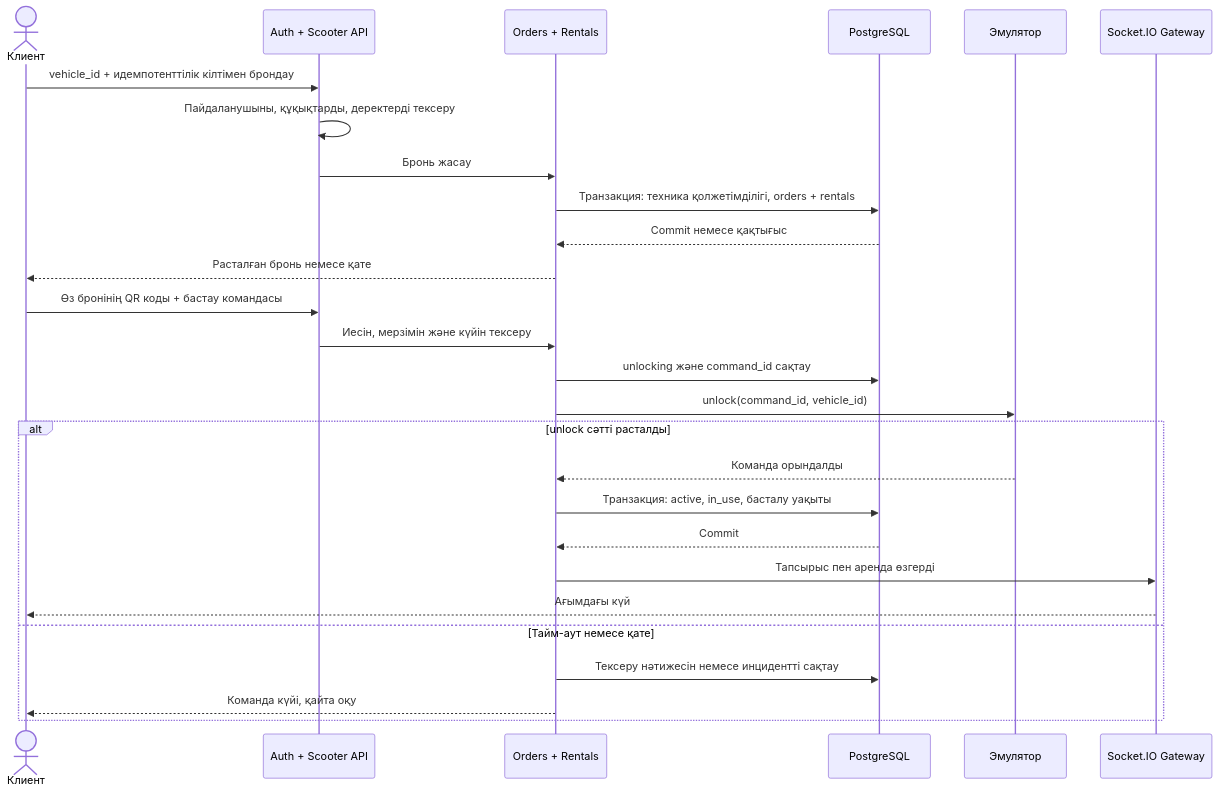
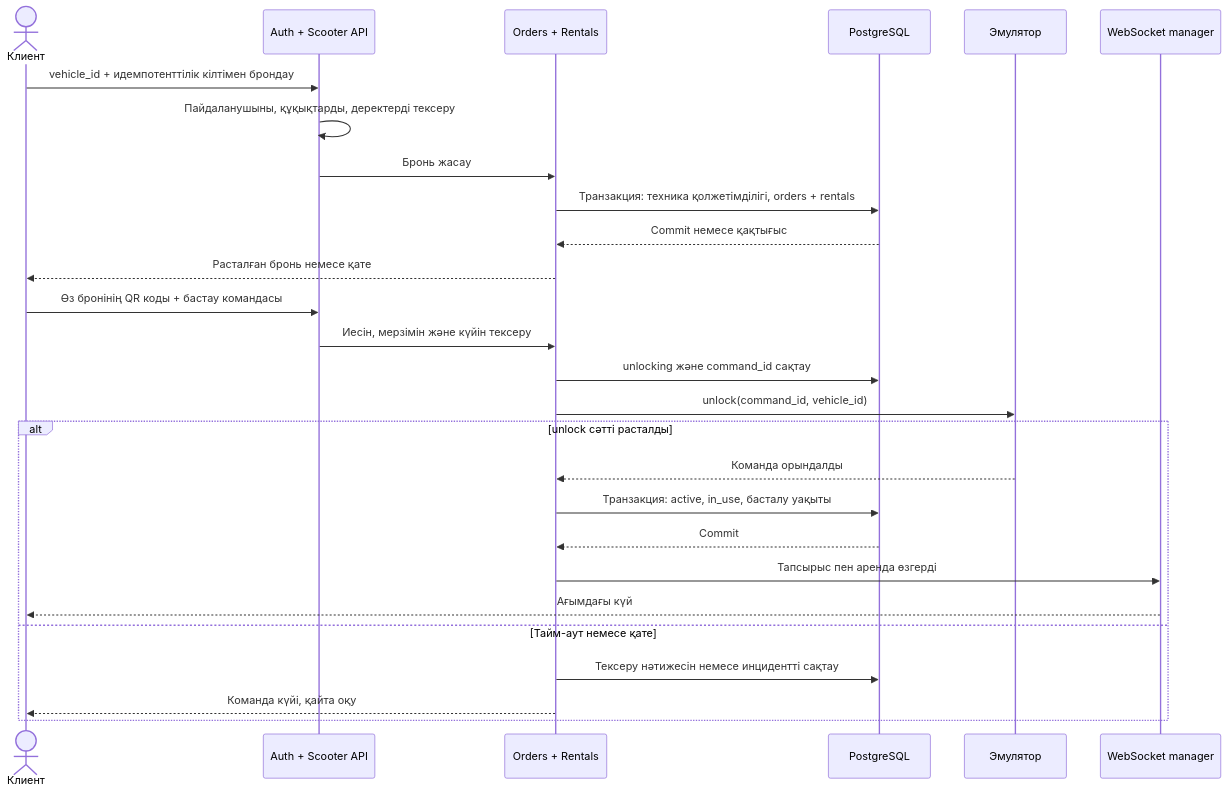
The third of 3 diagrams in docs/week-02/p2/kk/02-system-architecture.md (Akira-vs96/YaGO), drawn with Mermaid before and after one commit. The commit also changed other lines of this file and 27 other files, not shown here.

````diff
--- a/docs/week-02/p2/kk/02-system-architecture.md
+++ b/docs/week-02/p2/kk/02-system-architecture.md
@@ -84,29 +98,29 @@
 ```mermaid
 sequenceDiagram
     actor C as Клиент
     participant API as Auth + Scooter API
     participant O as Orders + Rentals
     participant DB as PostgreSQL
     participant E as Эмулятор
-    participant G as Socket.IO Gateway
+    participant G as WebSocket manager
     C->>API: vehicle_id + идемпотенттілік кілтімен брондау
     API->>API: Пайдаланушыны, құқықтарды, деректерді тексеру
     API->>O: Бронь жасау
     O->>DB: Транзакция: техника қолжетімділігі, orders + rentals
     DB-->>O: Commit немесе қақтығыс
     O-->>C: Расталған бронь немесе қате
     C->>API: Өз бронінің QR коды + бастау командасы
     API->>O: Иесін, мерзімін және күйін тексеру
     O->>DB: unlocking және command_id сақтау
     O->>E: unlock(command_id, vehicle_id)
     alt unlock сәтті расталды
         E-->>O: Команда орындалды
         O->>DB: Транзакция: active, in_use, басталу уақыты
         DB-->>O: Commit
         O->>G: Тапсырыс пен аренда өзгерді
         G-->>C: Ағымдағы күй
     else Тайм-аут немесе қате
         O->>DB: Тексеру нәтижесін немесе инцидентті сақтау
         O-->>C: Команда күйі, қайта оқу
     end
 ```
````
